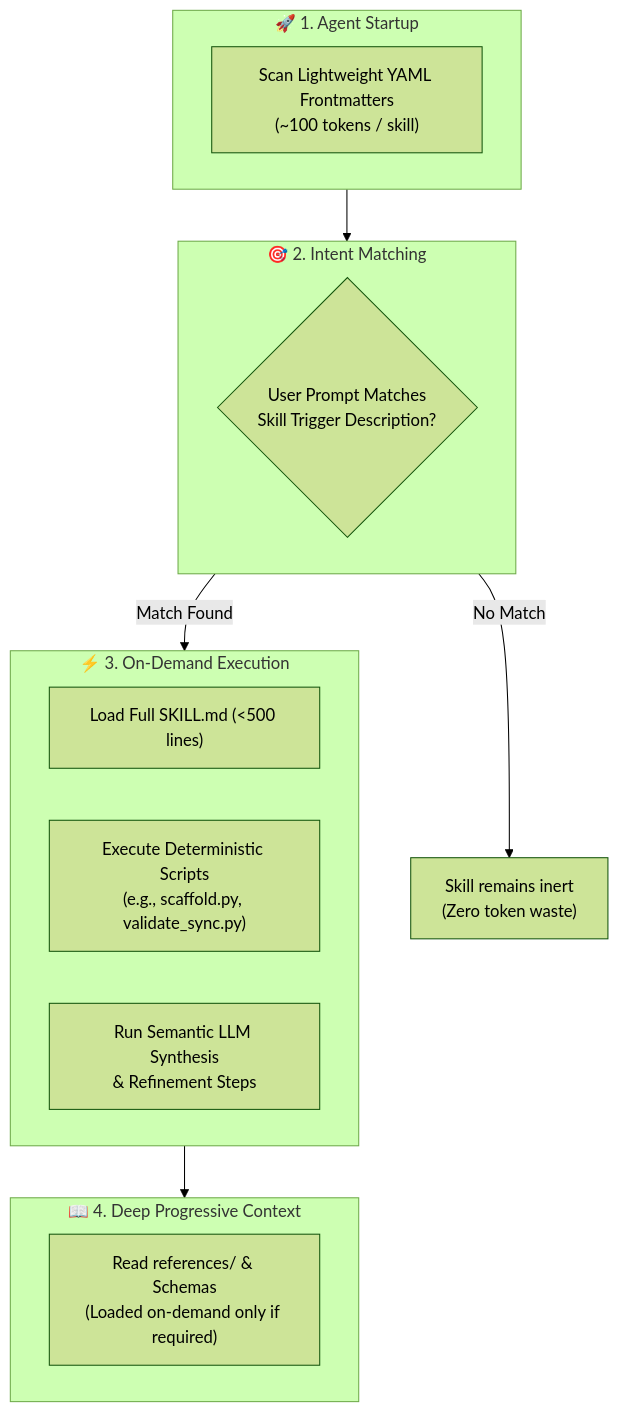
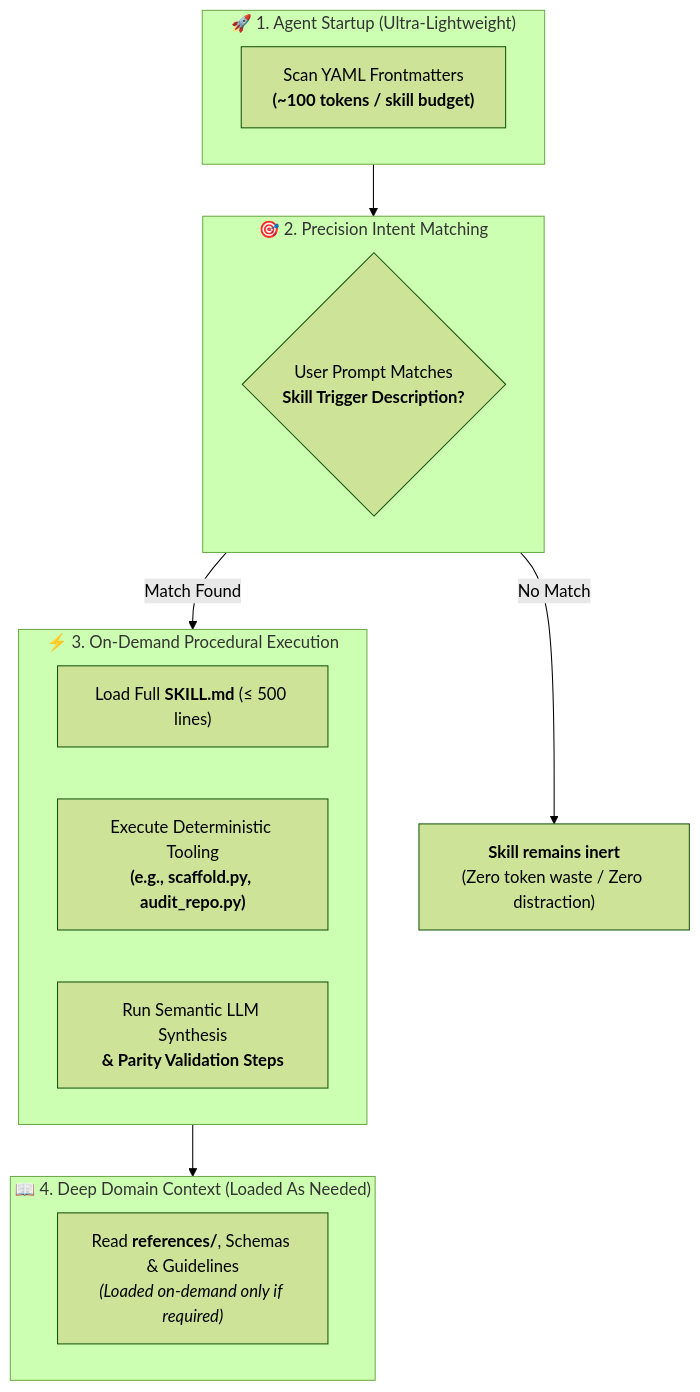
The first of 2 diagrams in README.md (kunalsuri/1000x-Agent-Skills), drawn with Mermaid (forest theme) before and after one commit. The commit also changed other lines of this file and 18 other files, not shown here.

````diff
--- a/README.md
+++ b/README.md
@@ -29,25 +68,25 @@
 ```mermaid
 flowchart TD
-    subgraph AgentBoot ["🚀 1. Agent Startup"]
-        A["Scan Lightweight YAML Frontmatters<br/>(~100 tokens / skill)"]
+    subgraph AgentBoot ["🚀 1. Agent Startup (Ultra-Lightweight)"]
+        A["Scan YAML Frontmatters<br/><b>(~100 tokens / skill budget)</b>"]
     end
 
-    subgraph TriggerMatch ["🎯 2. Intent Matching"]
-        B{"User Prompt Matches<br/>Skill Trigger Description?"}
+    subgraph TriggerMatch ["🎯 2. Precision Intent Matching"]
+        B{"User Prompt Matches<br/><b>Skill Trigger Description?</b>"}
     end
 
-    subgraph SkillExec ["⚡ 3. On-Demand Execution"]
-        C["Load Full SKILL.md (<500 lines)"]
-        D["Execute Deterministic Scripts<br/>(e.g., scaffold.py, validate_sync.py)"]
-        E["Run Semantic LLM Synthesis<br/>& Refinement Steps"]
+    subgraph SkillExec ["⚡ 3. On-Demand Procedural Execution"]
+        C["Load Full <b>SKILL.md</b> (&le; 500 lines)"]
+        D["Execute Deterministic Tooling<br/><b>(e.g., scaffold.py, audit_repo.py)</b>"]
+        E["Run Semantic LLM Synthesis<br/><b>& Parity Validation Steps</b>"]
     end
 
-    subgraph DeepContext ["📖 4. Deep Progressive Context"]
-        F["Read references/ & Schemas<br/>(Loaded on-demand only if required)"]
+    subgraph DeepContext ["📖 4. Deep Domain Context (Loaded As Needed)"]
+        F["Read <b>references/</b>, Schemas & Guidelines<br/><i>(Loaded on-demand only if required)</i>"]
     end
 
     AgentBoot --> TriggerMatch
-    TriggerMatch -- "No Match" --> G["Skill remains inert<br/>(Zero token waste)"]
+    TriggerMatch -- "No Match" --> G["<b>Skill remains inert</b><br/>(Zero token waste / Zero distraction)"]
     TriggerMatch -- "Match Found" --> SkillExec
     SkillExec --> DeepContext
 ```
````
